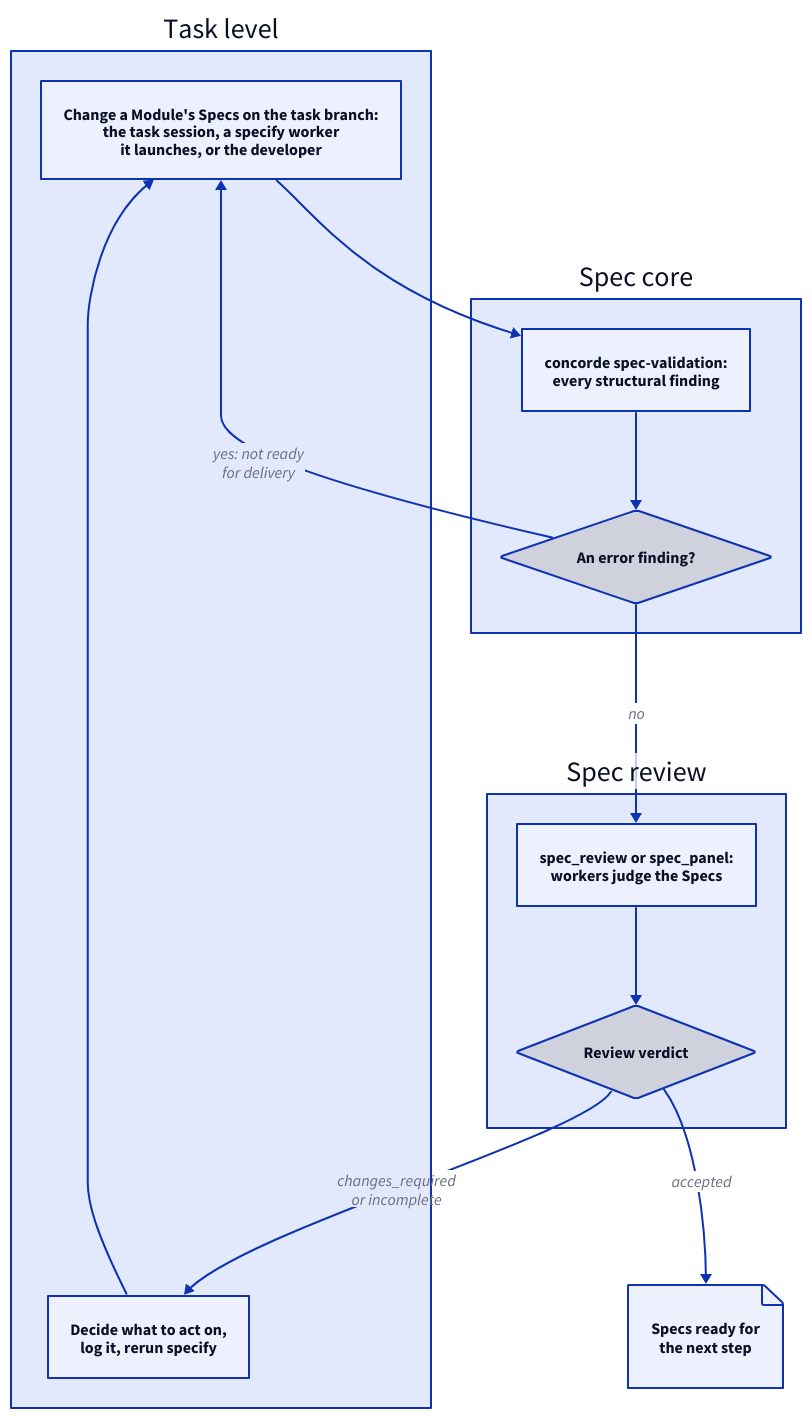
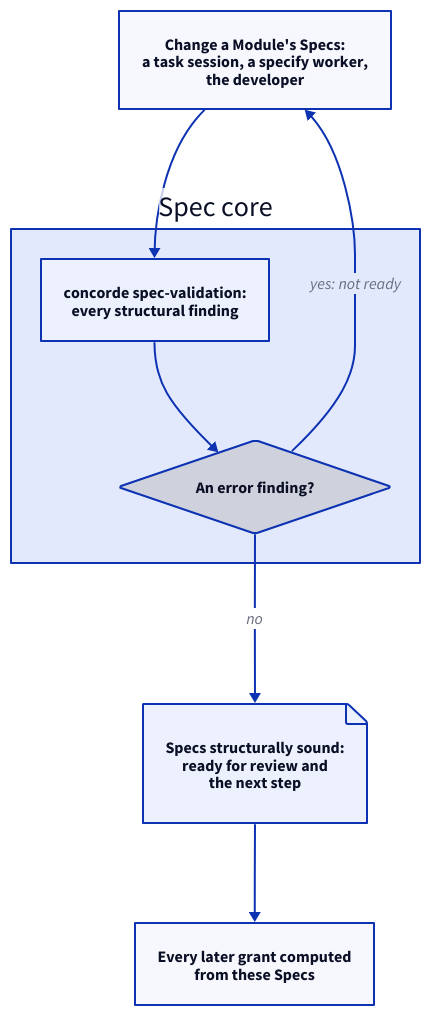
Before and after one commit to FTOD/concorde: the second of 2 diagrams in specs/concorde/spec-tooling/module.md, drawn with D2. The commit also changed other lines of this file and 109 other files, not shown here.

First line of the commit message:
Revise every Module for the parts structure

````diff
--- a/specs/concorde/spec-tooling/module.md
+++ b/specs/concorde/spec-tooling/module.md
@@ -46,23 +55,14 @@
 ```d2 illustrative
 direction: down
-task: "Task level" {
-  change: "Change a Module's Specs on the task branch:\nthe task session, a specify worker\nit launches, or the developer"
-  decide: "Decide what to act on,\nlog it, rerun specify"
-}
+change: "Change a Module's Specs:\na task session, a specify worker,\nthe developer"
 core: "Spec core" {
   validate: "concorde spec-validation:\nevery structural finding"
   error: "An error finding?" {shape: diamond}
 }
-review: "Spec review" {
-  run: "spec_review or spec_panel:\nworkers judge the Specs"
-  verdict: "Review verdict" {shape: diamond}
-}
-ready: "Specs ready for\nthe next step" {shape: page}
-task.change -> core.validate -> core.error
-core.error -> task.change: "yes: not ready\nfor delivery"
-core.error -> review.run: no
-review.run -> review.verdict
-review.verdict -> task.decide: "changes_required\nor incomplete"
-task.decide -> task.change
-review.verdict -> ready: accepted
+ready: "Specs structurally sound:\nready for review and\nthe next step" {shape: page}
+grant: "Every later grant computed\nfrom these Specs"
+change -> core.validate -> core.error
+core.error -> change: "yes: not ready"
+core.error -> ready: no
+ready -> grant
 ```
````
